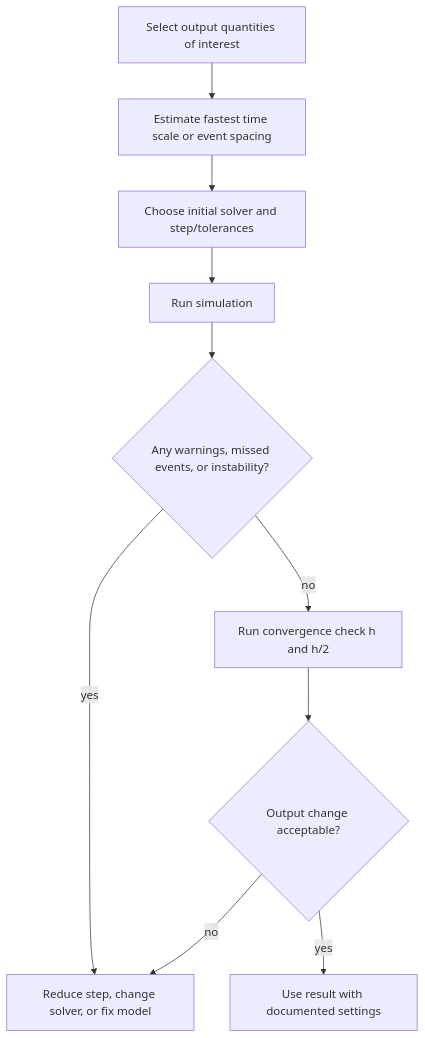
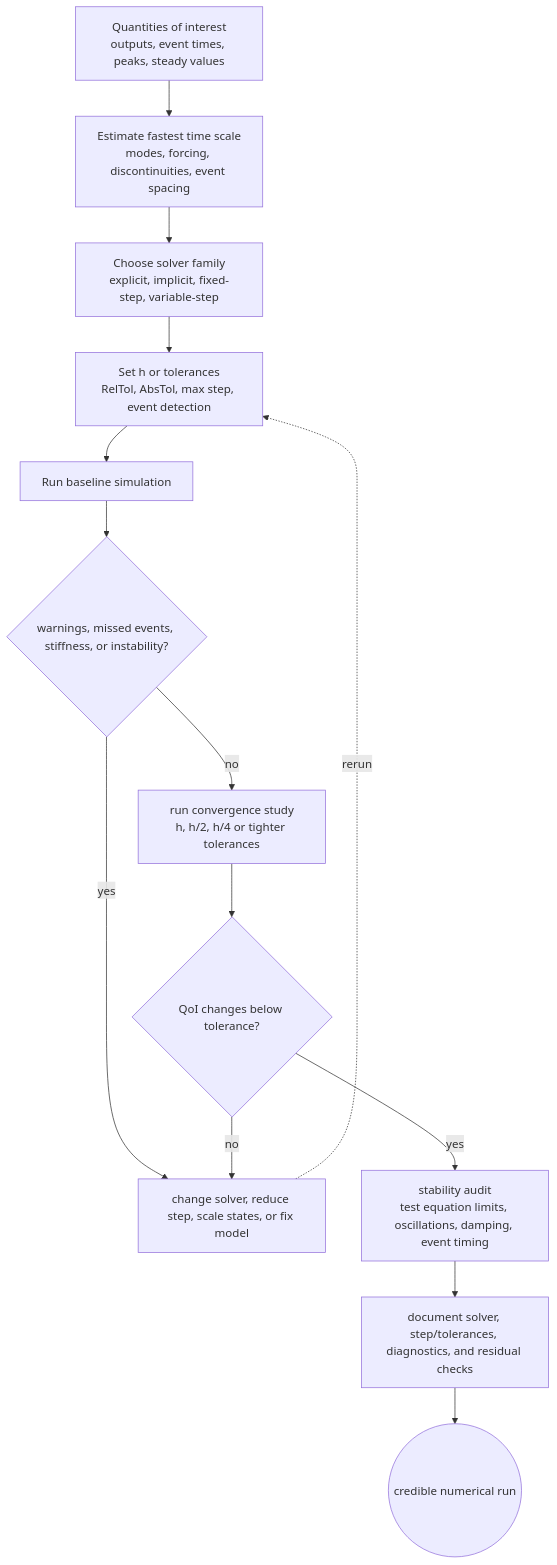
One commit to justinbrianhwang/SJ-wiki changed the diagram in docs/physics/simulation/step-size-accuracy-stability.md. Above: the diagram before and after it, drawn with Mermaid. The commit also changed other lines of this file and 1858 other files, not shown here.

Commit message:
Upgrade Mermaid diagrams to real architecture level across DL/CS-systems/CS-applied/QIS/Physics+Math+Chem (~728 mermaid blocks total): detailed sublayers, residuals, dimensions, shape transitions, subgraph grouping

````diff
--- a/docs/physics/simulation/step-size-accuracy-stability.md
+++ b/docs/physics/simulation/step-size-accuracy-stability.md
@@ -82,12 +82,16 @@
 ```mermaid
-flowchart TD
-  A[Select output quantities of interest] --> B[Estimate fastest time scale or event spacing]
-  B --> C[Choose initial solver and step/tolerances]
-  C --> D[Run simulation]
-  D --> E{"Any warnings, missed events, or instability?"}
-  E -->|yes| F["Reduce step, change solver, or fix model"]
-  E -->|no| G[Run convergence check h and h/2]
-  G --> H{"Output change acceptable?"}
-  H -->|no| F
-  H -->|yes| I[Use result with documented settings]
+flowchart TB
+  QoI["Quantities of interest<br/>outputs, event times, peaks, steady values"] --> TimeScale["Estimate fastest time scale<br/>modes, forcing, discontinuities, event spacing"]
+  TimeScale --> Solver["Choose solver family<br/>explicit, implicit, fixed-step, variable-step"]
+  Solver --> Settings["Set h or tolerances<br/>RelTol, AbsTol, max step, event detection"]
+  Settings --> Run["Run baseline simulation"]
+  Run --> Warnings{"warnings, missed events, stiffness, or instability?"}
+  Warnings -- "yes" --> Remedy["change solver, reduce step, scale states, or fix model"]
+  Warnings -- "no" --> Refine["run convergence study<br/>h, h/2, h/4 or tighter tolerances"]
+  Refine --> Compare{"QoI changes below tolerance?"}
+  Compare -- "no" --> Remedy
+  Compare -- "yes" --> Stability["stability audit<br/>test equation limits, oscillations, damping, event timing"]
+  Stability --> Doc["document solver, step/tolerances, diagnostics, and residual checks"]
+  Remedy -. "rerun" .-> Settings
+  Doc --> Accepted(("credible numerical run"))
 ```
````
